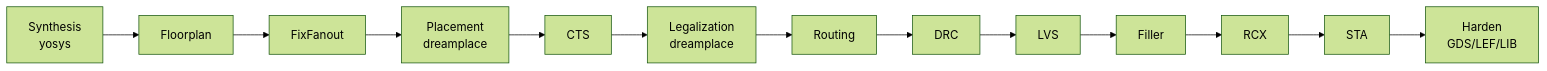
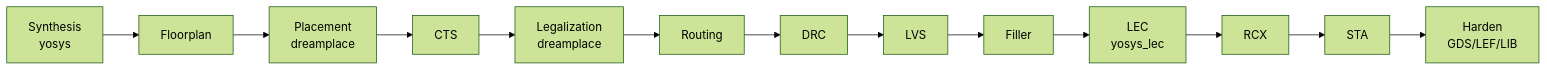
The second of 2 diagrams in docs/ecc-cli_tutorial.en.md (openecos-projects/ecc), drawn with Mermaid (forest theme) before and after one commit. The commit also changed other lines of this file and 3 other files, not shown here.

````diff
--- a/docs/ecc-cli_tutorial.en.md
+++ b/docs/ecc-cli_tutorial.en.md
@@ -262,6 +262,6 @@
 ```mermaid
 graph LR
-    A[Synthesis<br/>yosys] --> B[Floorplan] --> C[FixFanout] --> D[Placement<br/>dreamplace]
+    A[Synthesis<br/>yosys] --> B[Floorplan] --> D[Placement<br/>dreamplace]
     D --> E[CTS] --> F[Legalization<br/>dreamplace] --> G[Routing] --> H[DRC] --> I[LVS]
-    I --> J[Filler] --> K[RCX] --> L[STA] --> M[Harden<br/>GDS/LEF/LIB]
+    I --> J[Filler] --> N[LEC<br/>yosys_lec] --> K[RCX] --> L[STA] --> M[Harden<br/>GDS/LEF/LIB]
 ```
````
